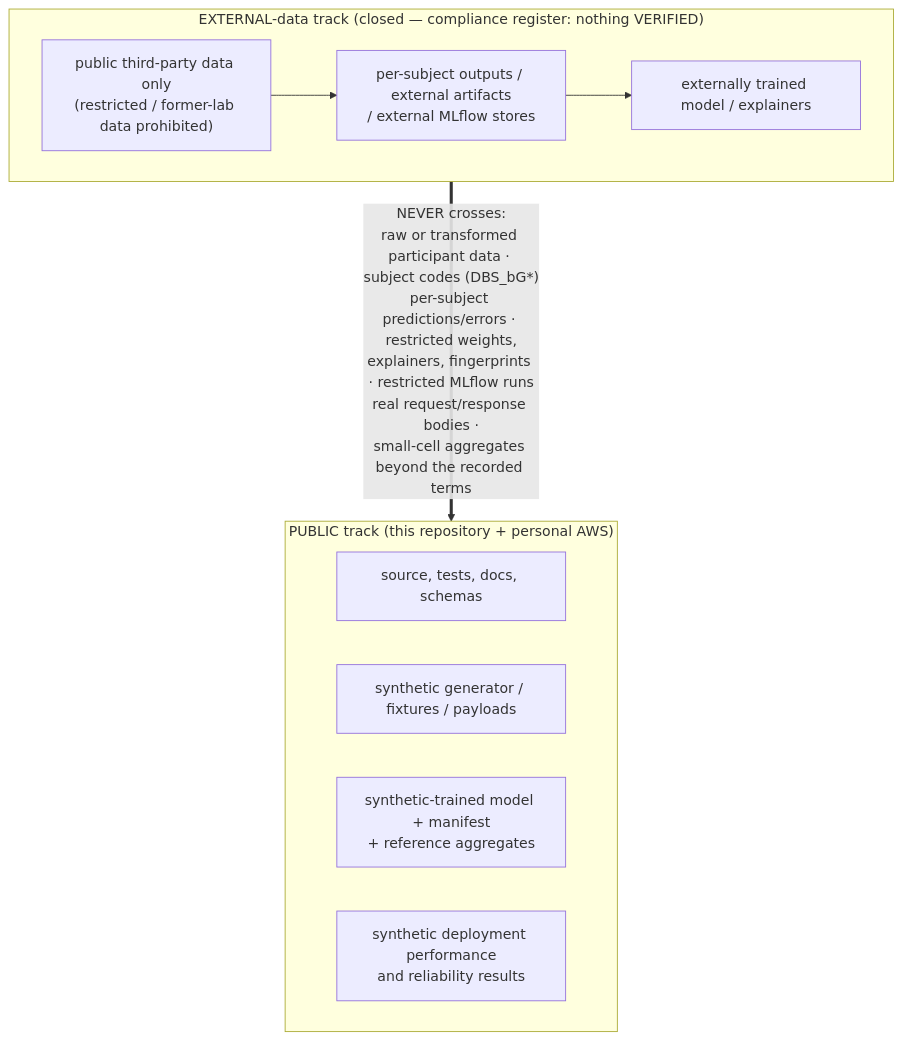
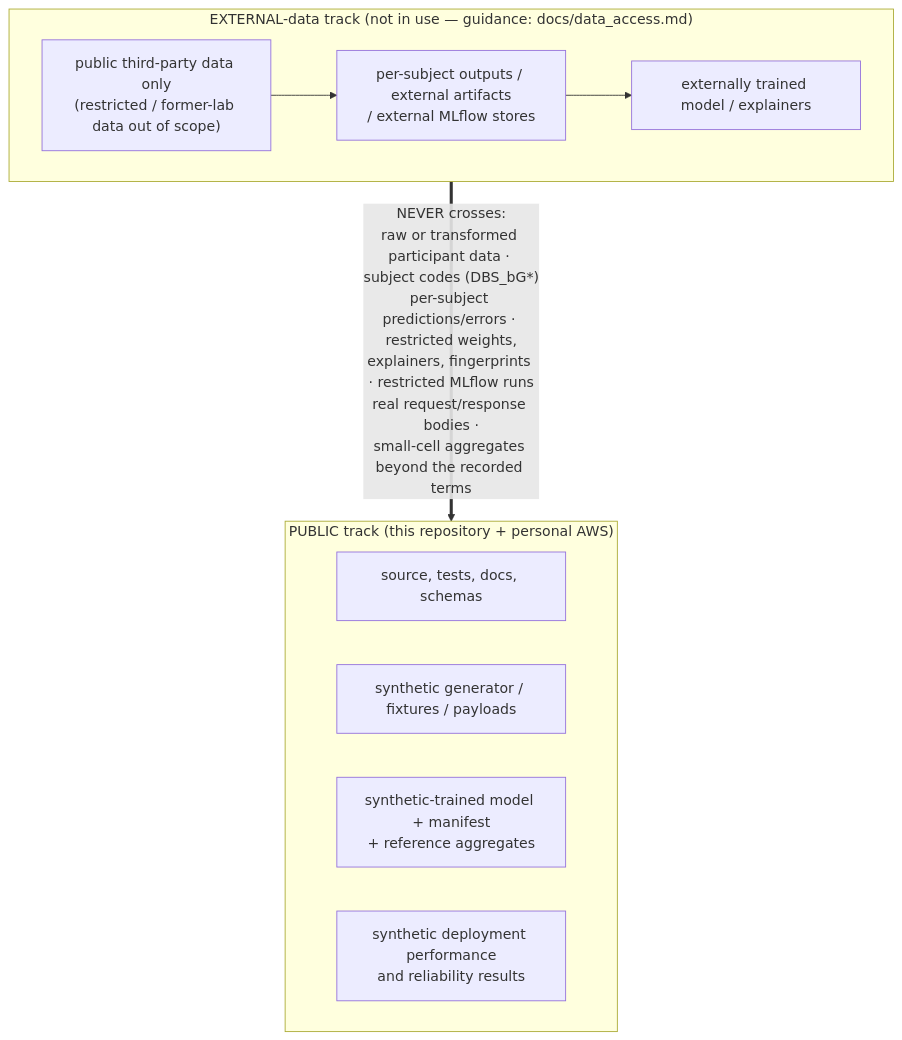
The fifth of 5 diagrams in docs/architecture.md (oleeveeuh/CURVE-ICON-DBSO), drawn with Mermaid before and after one commit. The commit also changed other lines of this file and 30 other files, not shown here.

````diff
--- a/docs/architecture.md
+++ b/docs/architecture.md
@@ -130,17 +130,17 @@
 ```mermaid
 flowchart TB
     subgraph pub["PUBLIC track (this repository + personal AWS)"]
         SRC["source, tests, docs, schemas"]
         SYN["synthetic generator / fixtures / payloads"]
         SMOD["synthetic-trained model + manifest<br/>+ reference aggregates"]
         PERF["synthetic deployment performance<br/>and reliability results"]
     end
-    subgraph inst["EXTERNAL-data track (closed — compliance register: nothing VERIFIED)"]
-        RDATA["public third-party data only<br/>(restricted / former-lab data prohibited)"]
+    subgraph inst["EXTERNAL-data track (not in use — guidance: docs/data_access.md)"]
+        RDATA["public third-party data only<br/>(restricted / former-lab data out of scope)"]
         ROUT["per-subject outputs / external artifacts<br/>/ external MLflow stores"]
         RMOD["externally trained model / explainers"]
     end
     RDATA --> ROUT
     ROUT --> RMOD
     inst ==>|"NEVER crosses:<br/>raw or transformed participant data · subject codes (DBS_bG*)<br/>per-subject predictions/errors · restricted weights,<br/>explainers, fingerprints · restricted MLflow runs<br/>real request/response bodies ·<br/>small-cell aggregates beyond the recorded terms"| pub
 ```
````
